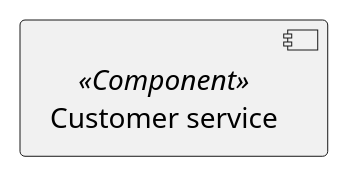
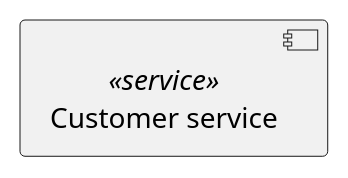
One commit to RaikBitters/ibank-internal-services changed the first of 2 diagrams in diagrams/.library/components/internet-bank/customer-service.puml. Above: the diagram before and after it, drawn with PlantUML. The commit also changed 7 other files, not shown here.

Commit message:
Updated 1C Direct-bank diagrams

```diff
--- a/diagrams/.library/components/internet-bank/customer-service.puml
+++ b/diagrams/.library/components/internet-bank/customer-service.puml
@@ -1,5 +1,5 @@
 @startuml (id=component)
 
-    component "Customer service" as CustomerService <<Component>>
+    component "Customer service" as CustomerService <<service>>
 
 @enduml
```
